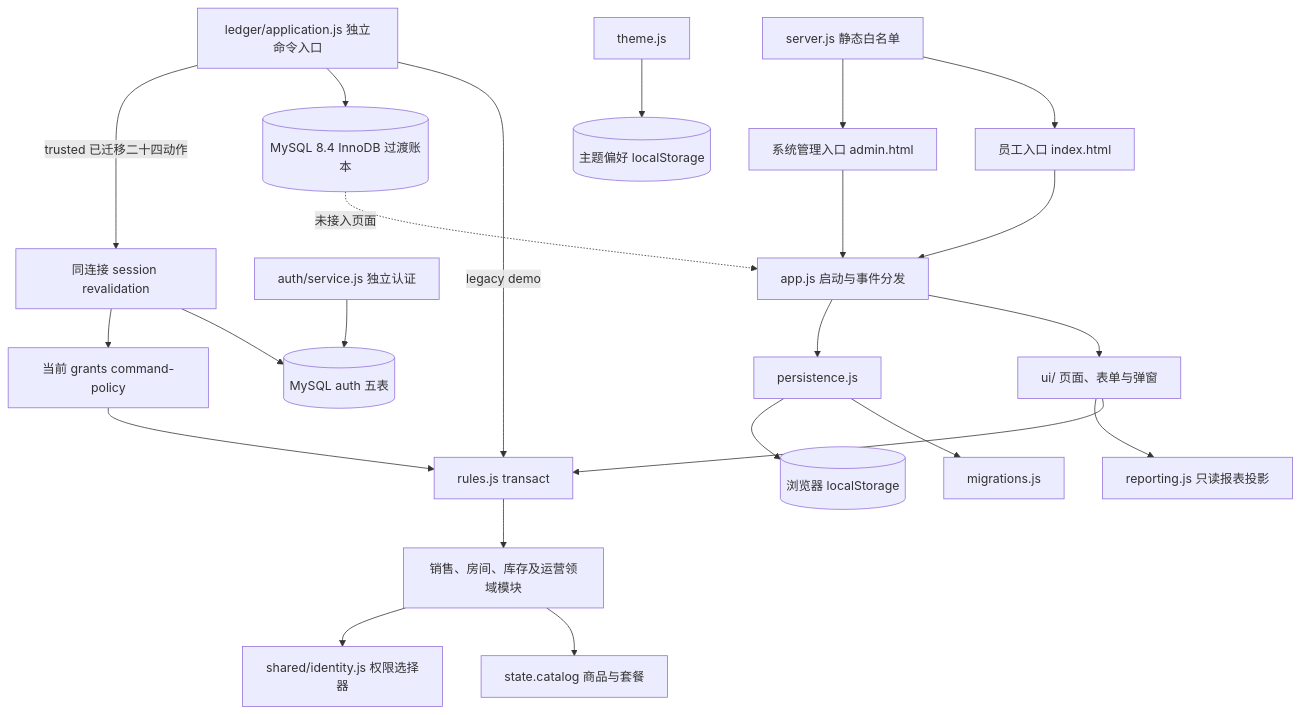
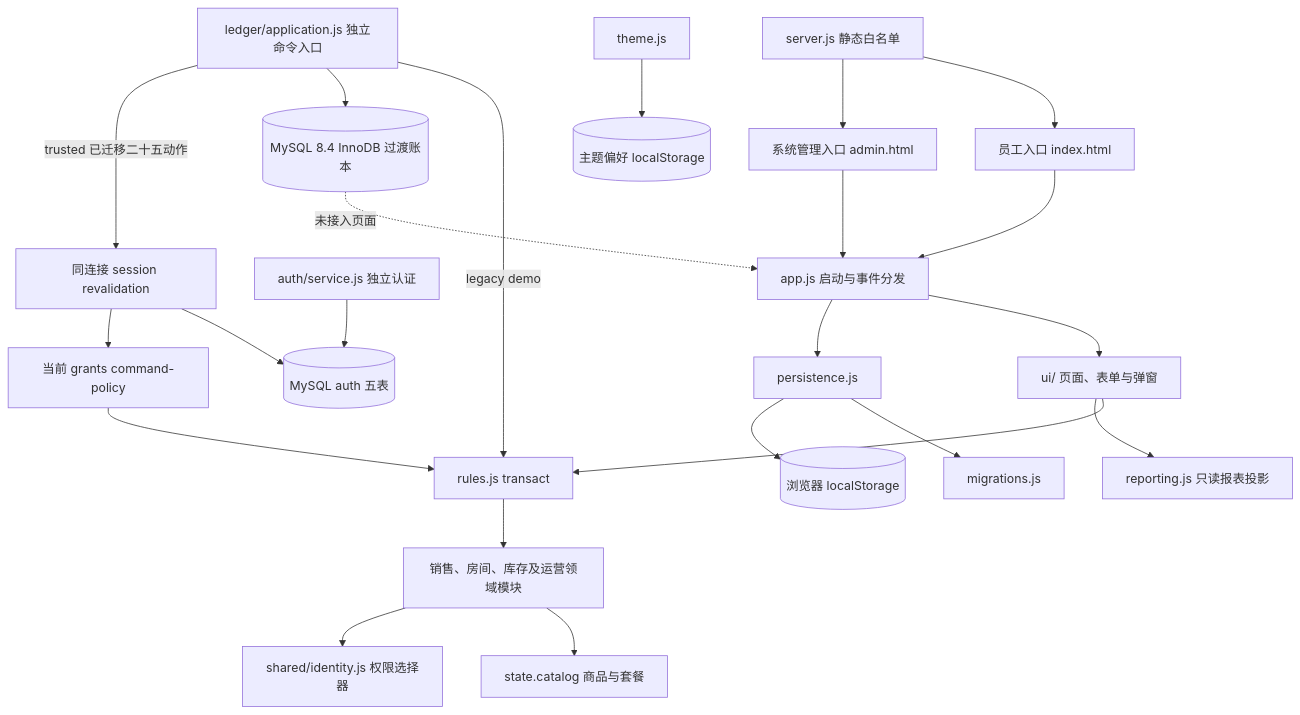
One commit to Richard-Zhuo/codex-KTV changed the diagram in docs/ARCHITECTURE.md. Above: the diagram before and after it, drawn with Mermaid. The commit also changed other lines of this file and 16 other files, not shown here.

````diff
--- a/docs/ARCHITECTURE.md
+++ b/docs/ARCHITECTURE.md
@@ -7,25 +7,25 @@
 ```mermaid
 flowchart TD
   E[员工入口 index.html] --> APP[app.js 启动与事件分发]
   A[系统管理入口 admin.html] --> APP
   APP --> UI[ui/ 页面、表单与弹窗]
   APP --> P[persistence.js]
   P --> M[migrations.js]
   P --> LS[(浏览器 localStorage)]
   UI --> TX[rules.js transact]
   TX --> D[销售、房间、库存及运营领域模块]
   UI --> REP[reporting.js 只读报表投影]
   D --> C[state.catalog 商品与套餐]
   D --> ID[shared/identity.js 权限选择器]
   T[theme.js] --> PREF[(主题偏好 localStorage)]
   S[server.js 静态白名单] --> E
   S --> A
   L[ledger/application.js 独立命令入口] -->|legacy demo| TX
   L --> DB[(MySQL 8.4 InnoDB 过渡账本)]
   AUTH[auth/service.js 独立认证] --> AUTHDB[(MySQL auth 五表)]
-  L -->|trusted 已迁移二十四动作| RV[同连接 session revalidation]
+  L -->|trusted 已迁移二十五动作| RV[同连接 session revalidation]
   RV --> AUTHDB
   RV --> CP[当前 grants command-policy]
   CP --> TX
   DB -. 未接入页面 .-> APP
 ```
````
